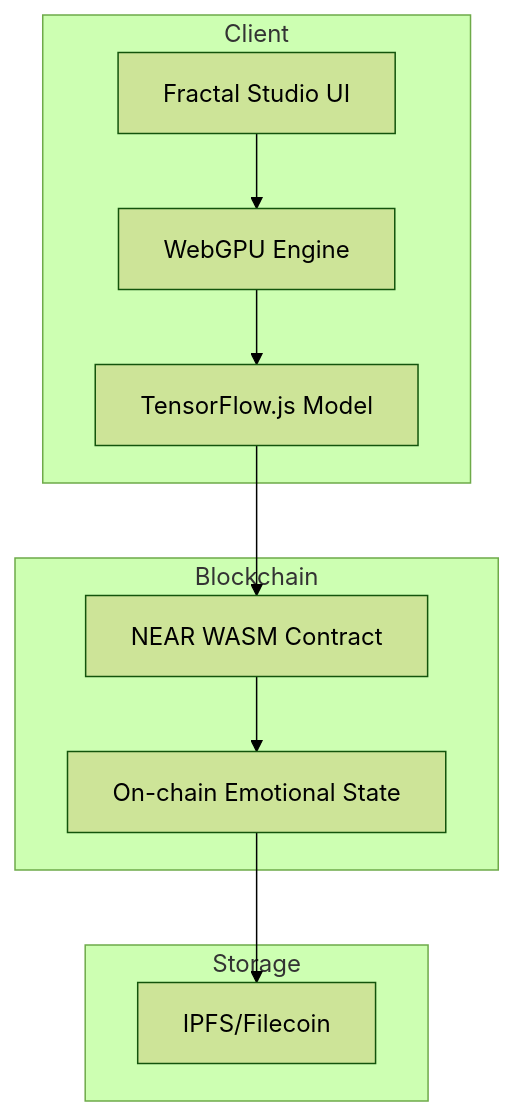
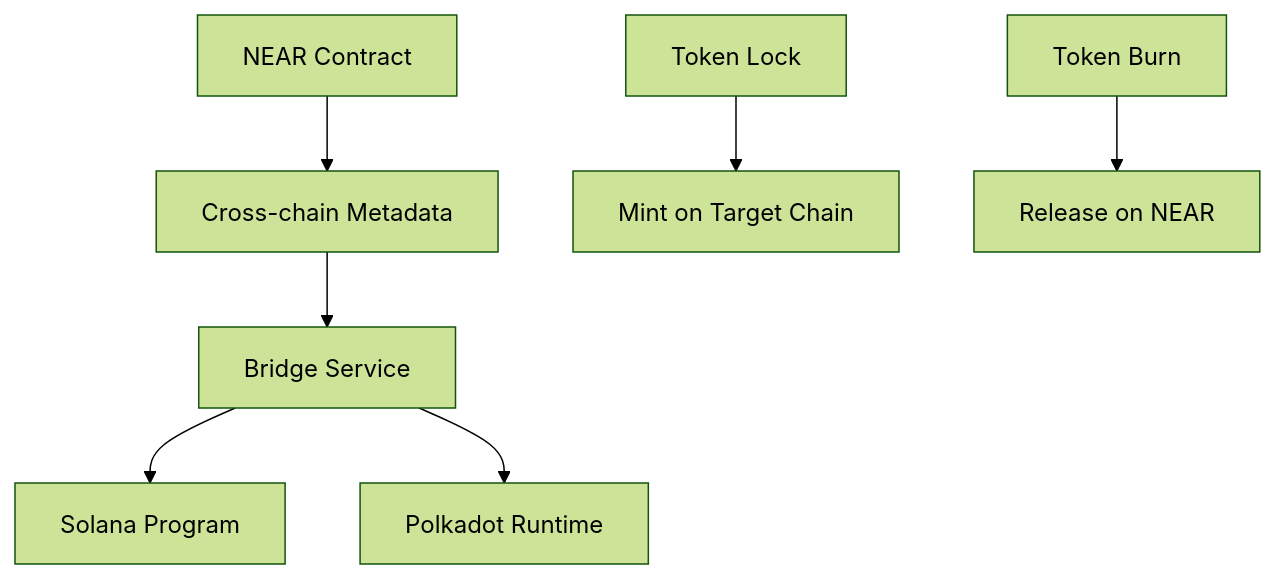
The third of 3 diagrams in README.md (compiling-org/near-creative-engine), drawn with Mermaid (forest theme) before and after one commit. The commit also changed other lines of this file, not shown here.

Commit message:
docs: update NEAR README from NEAR_SPECIFIC_README

````diff
--- a/README.md
+++ b/README.md
@@ -115,20 +176,10 @@
 ```mermaid
-graph TB
-    subgraph Client
-        UI[Fractal Studio UI]
-        GPU[WebGPU Engine]
-        MODEL[TensorFlow.js Model]
-    end
-    subgraph Blockchain
-        NEARCONTRACT[NEAR WASM Contract]
-        METADATA[On-chain Emotional State]
-    end
-    subgraph Storage
-        IPFS[IPFS/Filecoin]
-    end
-    UI --> GPU
-    GPU --> MODEL
-    MODEL --> NEARCONTRACT
-    NEARCONTRACT --> METADATA
-    METADATA --> IPFS
+graph TD
+    A[NEAR Contract] --> B[Cross-chain Metadata]
+    B --> C[Bridge Service]
+    C --> D[Solana Program]
+    C --> E[Polkadot Runtime]
+    
+    F[Token Lock] --> G[Mint on Target Chain]
+    H[Token Burn] --> I[Release on NEAR]
 ```
````
